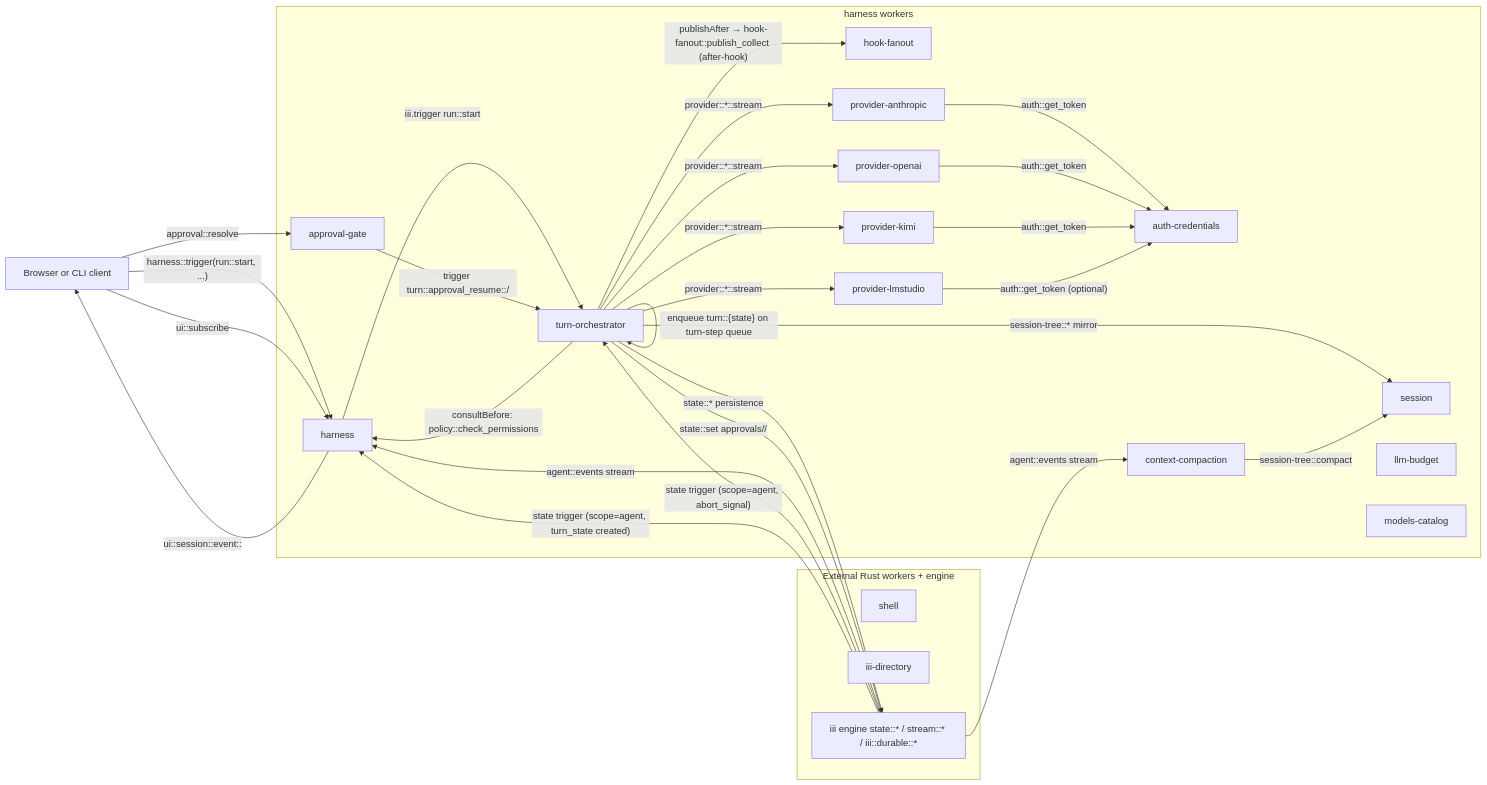
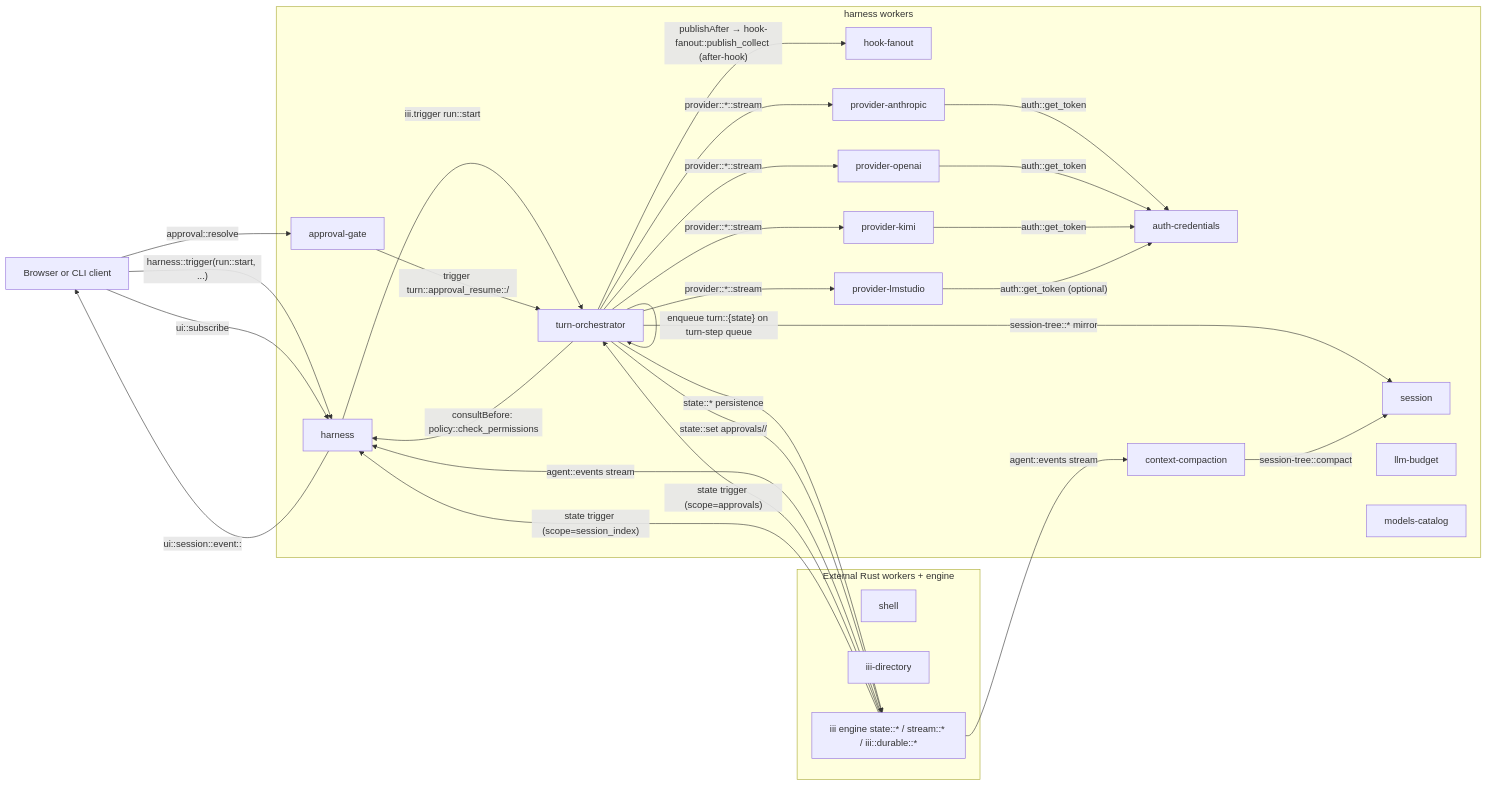
Before and after one commit to iii-hq/workers: the first of 5 diagrams in harness/docs/architecture.md, drawn with Mermaid. The commit also changed other lines of this file and 28 other files, not shown here.

First line of the commit message:
refactor(turn-orchestrator): cut reactive-trigger RPC overhead, remove dead abort path

````diff
--- a/harness/docs/architecture.md
+++ b/harness/docs/architecture.md
@@ -37,56 +37,56 @@
 ```mermaid
 flowchart LR
   client[Browser or CLI client]
 
   subgraph harnessNode [harness workers]
     harness[harness]
     turnOrch[turn-orchestrator]
     approval[approval-gate]
     session[session]
     budget[llm-budget]
     hook[hook-fanout]
     auth[auth-credentials]
     models[models-catalog]
     provAnth[provider-anthropic]
     provOAI[provider-openai]
     provKimi[provider-kimi]
     provLms[provider-lmstudio]
     compact[context-compaction]
   end
 
   subgraph external [External Rust workers + engine]
     shell[shell]
     directory[iii-directory]
     state["iii engine state::* / stream::* / iii::durable::*"]
   end
 
   client -- "harness::trigger(run::start, ...)" --> harness
   harness -- "iii.trigger run::start" --> turnOrch
   client -- "ui::subscribe" --> harness
 
   turnOrch -- "provider::*::stream" --> provAnth
   turnOrch -- "provider::*::stream" --> provOAI
   turnOrch -- "provider::*::stream" --> provKimi
   turnOrch -- "provider::*::stream" --> provLms
   turnOrch -- "consultBefore: policy::check_permissions" --> harness
   turnOrch -- "publishAfter → hook-fanout::publish_collect (after-hook)" --> hook
   turnOrch -- "session-tree::* mirror" --> session
   turnOrch -- "state::* persistence" --> state
 
   client -- "approval::resolve" --> approval
   approval -- "trigger turn::approval_resume::<sid>/<cid>" --> turnOrch
   turnOrch -- "state::set approvals/<sid>/<cid>" --> state
   turnOrch -- "enqueue turn::{state} on turn-step queue" --> turnOrch
 
   provAnth -- "auth::get_token" --> auth
   provOAI -- "auth::get_token" --> auth
   provKimi -- "auth::get_token" --> auth
   provLms -- "auth::get_token (optional)" --> auth
 
   state -- "agent::events stream" --> harness
   state -- "agent::events stream" --> compact
-  state -- "state trigger (scope=agent, abort_signal)" --> turnOrch
-  state -- "state trigger (scope=agent, turn_state created)" --> harness
+  state -- "state trigger (scope=approvals)" --> turnOrch
+  state -- "state trigger (scope=session_index)" --> harness
   harness -- "ui::session::event::<browser_id>" --> client
   compact -- "session-tree::compact" --> session
 ```
````
